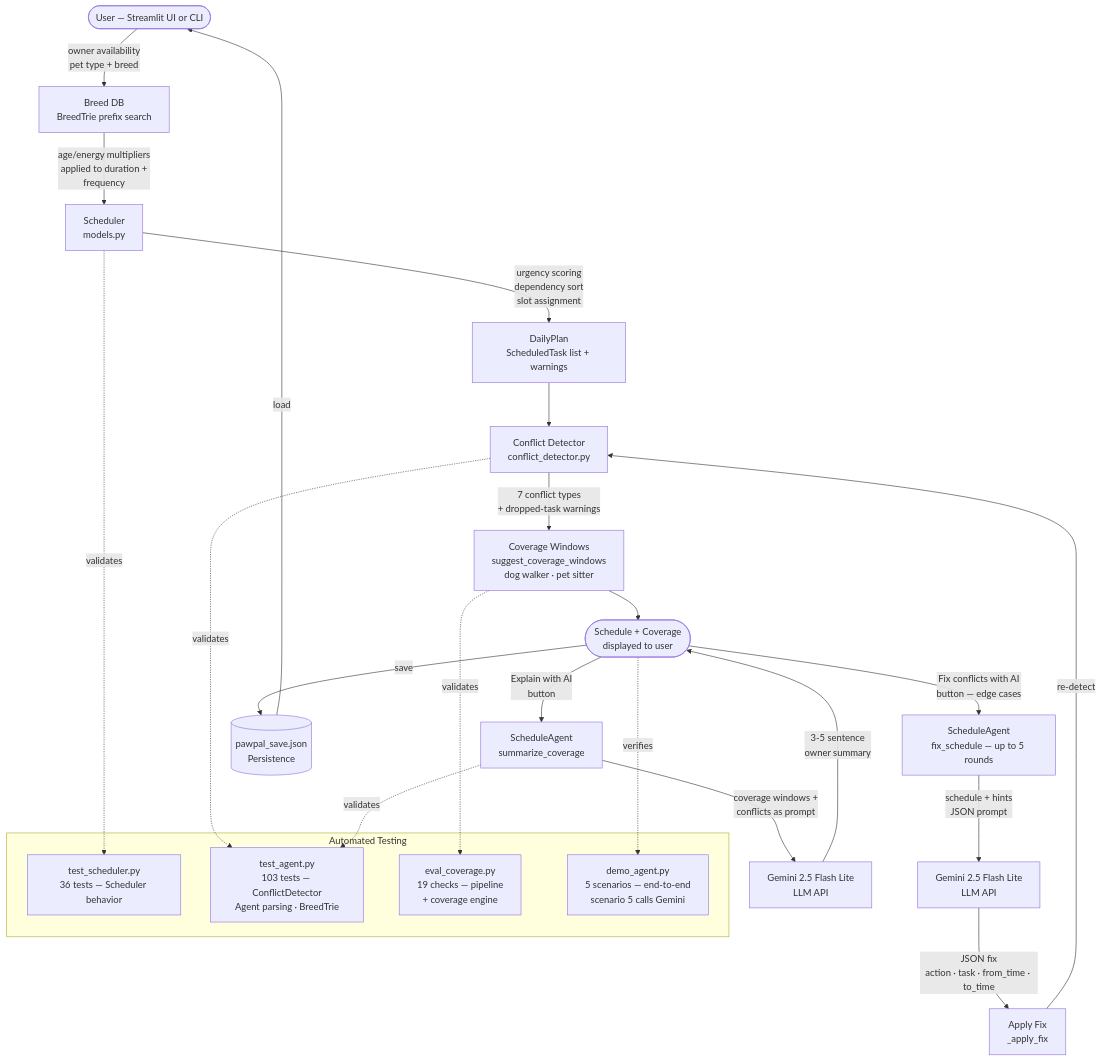
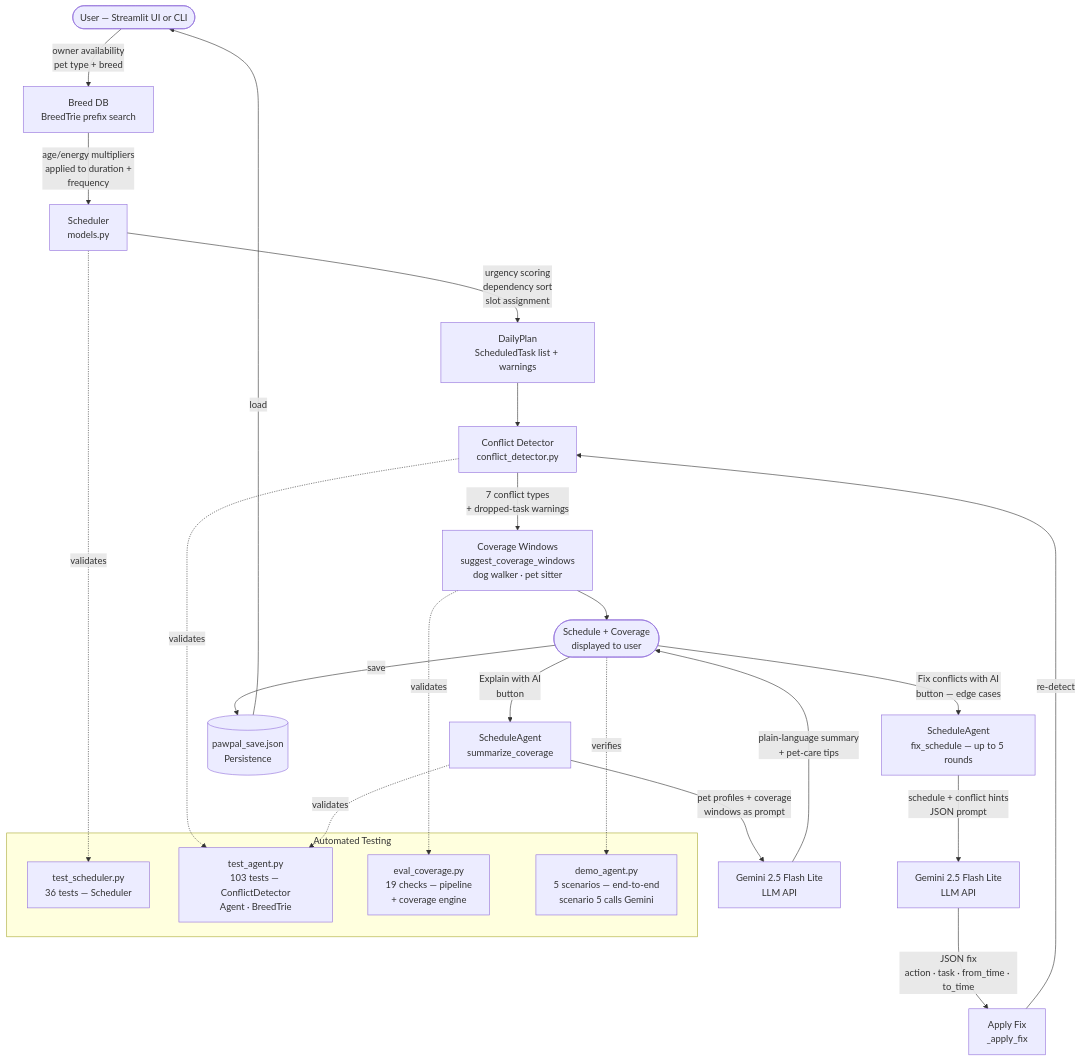
Before and after one commit to serena42/pawpal-applied-ai-final: the diagram in README.md, drawn with Mermaid. The commit also changed other lines of this file, not shown here.

First line of the commit message:
Rewrite README; add /assets folder and Loom demo placeholder

````diff
--- a/README.md
+++ b/README.md
@@ -27,41 +43,41 @@
-  ```mermaid
-  flowchart TD
-      A([User — Streamlit UI or CLI]) -->|owner availability\npet type + breed| B
+```mermaid
+flowchart TD
+    A([User — Streamlit UI or CLI]) -->|owner availability\npet type + breed| B
 
-      B[Breed DB\nBreedTrie prefix search] -->|age/energy multipliers\napplied to duration +\nfrequency| C
+    B[Breed DB\nBreedTrie prefix search] -->|age/energy multipliers\napplied to duration +\nfrequency| C
 
-      C[Scheduler\nmodels.py] -->|urgency scoring\ndependency sort\nslot assignment| D
+    C[Scheduler\nmodels.py] -->|urgency scoring\ndependency sort\nslot assignment| D
 
-      D[DailyPlan\nScheduledTask list + warnings] --> E
+    D[DailyPlan\nScheduledTask list + warnings] --> E
 
-      E[Conflict Detector\nconflict_detector.py] -->|7 conflict types\n+ dropped-task warnings| F
+    E[Conflict Detector\nconflict_detector.py] -->|7 conflict types\n+ dropped-task warnings| F
 
-      F[Coverage Windows\nsuggest_coverage_windows\ndog walker · pet sitter] --> G
+    F[Coverage Windows\nsuggest_coverage_windows\ndog walker · pet sitter] --> G
 
-      G([Schedule + Coverage\ndisplayed to user])
+    G([Schedule + Coverage\ndisplayed to user])
 
-      G -->|Explain with AI\nbutton| H[ScheduleAgent\nsummarize_coverage]
-      H -->|coverage windows +\nconflicts as prompt| I1[Gemini 2.5 Flash Lite\nLLM API]
-      I1 -->|3-5 sentence\nowner summary| G
+    G -->|Explain with AI\nbutton| H[ScheduleAgent\nsummarize_coverage]
+    H -->|pet profiles + coverage\nwindows as prompt| I1[Gemini 2.5 Flash Lite\nLLM API]
+    I1 -->|plain-language summary\n+ pet-care tips| G
 
-      G -->|Fix conflicts with AI\nbutton — edge cases| J[ScheduleAgent\nfix_schedule — up to 5 rounds]
-      J -->|schedule + hints\nJSON prompt| I2[Gemini 2.5 Flash Lite\nLLM API]
-      I2 -->|JSON fix\naction · task · from_time · to_time| K[Apply Fix\n_apply_fix]
-      K -->|re-detect| E
+    G -->|Fix conflicts with AI\nbutton — edge cases| J[ScheduleAgent\nfix_schedule — up to 5 rounds]
+    J -->|schedule + conflict hints\nJSON prompt| I2[Gemini 2.5 Flash Lite\nLLM API]
+    I2 -->|JSON fix\naction · task · from_time · to_time| K[Apply Fix\n_apply_fix]
+    K -->|re-detect| E
 
-      G -->|save| L[(pawpal_save.json\nPersistence)]
-      L -->|load| A
+    G -->|save| L[(pawpal_save.json\nPersistence)]
+    L -->|load| A
 
-      subgraph Testing ["Automated Testing"]
-          T1[test_scheduler.py\n36 tests — Scheduler behavior]
-          T2[test_agent.py\n103 tests — ConflictDetector\nAgent parsing · BreedTrie]
-          T3[eval_coverage.py\n19 checks — pipeline\n+ coverage engine]
-          T4[demo_agent.py\n5 scenarios — end-to-end\nscenario 5 calls Gemini]
-      end
+    subgraph Testing ["Automated Testing"]
+        T1[test_scheduler.py\n36 tests — Scheduler]
+        T2[test_agent.py\n103 tests — ConflictDetector\nAgent · BreedTrie]
+        T3[eval_coverage.py\n19 checks — pipeline\n+ coverage engine]
+        T4[demo_agent.py\n5 scenarios — end-to-end\nscenario 5 calls Gemini]
+    end
 
-      C -.->|validates| T1
-      E -.->|validates| T2
-      H -.->|validates| T2
-      F -.->|validates| T3
-      G -.->|verifies| T4
-  ```
+    C -.->|validates| T1
+    E -.->|validates| T2
+    H -.->|validates| T2
+    F -.->|validates| T3
+    G -.->|verifies| T4
+```
````
